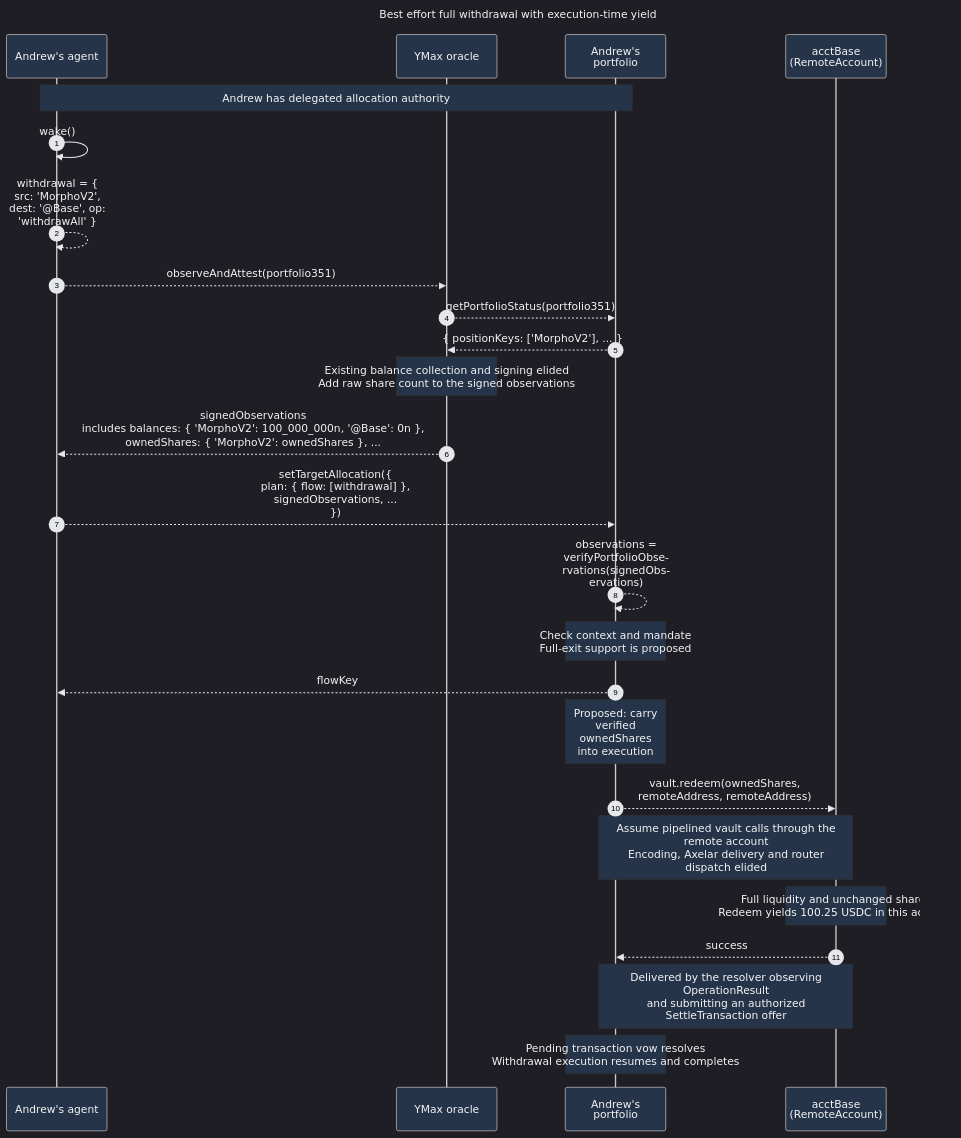
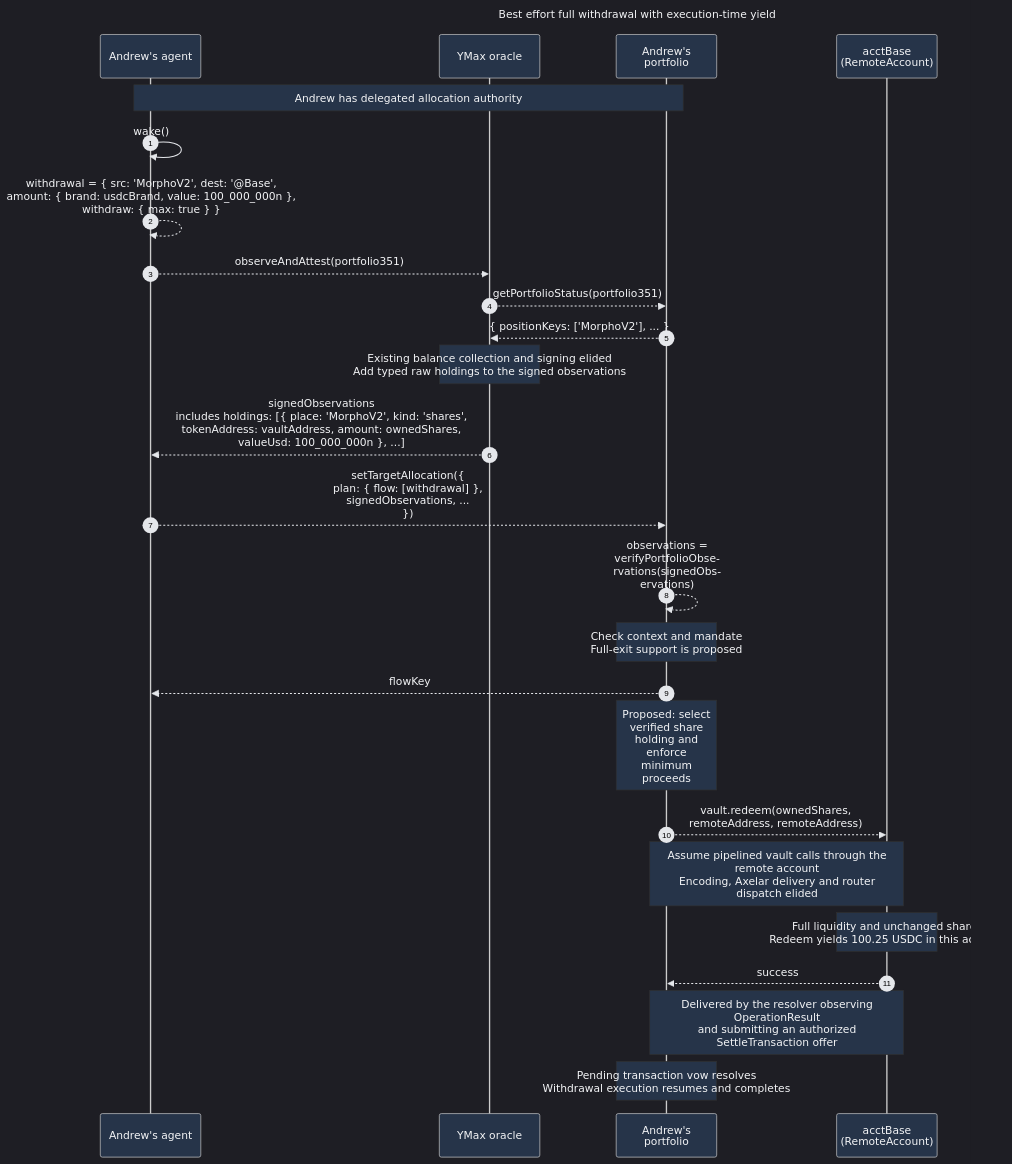
Before and after one commit to Agoric/agoric-sdk: the diagram in packages/portfolio-contract/docs-design/exit-position-completely.md, drawn with Mermaid. The commit also changed other lines of this file and 17 other files, not shown here.

````diff
--- a/packages/portfolio-contract/docs-design/exit-position-completely.md
+++ b/packages/portfolio-contract/docs-design/exit-position-completely.md
@@ -14,33 +14,33 @@
 ```mermaid
 %%{init: {'theme': 'dark', 'themeVariables': {'textColor': '#f3f4f6', 'actorBkg': '#263449', 'actorTextColor': '#f3f4f6', 'signalColor': '#e5e7eb', 'signalTextColor': '#f3f4f6', 'noteBkgColor': '#263449', 'noteTextColor': '#f3f4f6', 'labelTextColor': '#f3f4f6'}, 'sequence': {'wrap': true}}}%%
 sequenceDiagram
   autonumber
   title Best effort full withdrawal with execution-time yield
   %% ->> initiates the scenario, -->> marks consequences including calls and replies.
   %% P groups delegation, portfolio execution and contract-side resolver facets.
   %% The account call abstracts GMP/router delivery; success abstracts resolver delivery.
   participant A as Andrew's agent
   participant O as YMax oracle
   participant P as Andrew's portfolio
   participant E as acctBase<br/>(RemoteAccount)
 
   Note over A,P: Andrew has delegated allocation authority
   A->>A: wake()
-  A-->>A: withdrawal = { src: 'MorphoV2', dest: '@Base', op: 'withdrawAll' }
+  A-->>A: withdrawal = { src: 'MorphoV2', dest: '@Base',<br/>amount: { brand: usdcBrand, value: 100_000_000n },<br/>withdraw: { max: true } }
   A-->>O: observeAndAttest(portfolio351)
   O-->>P: getPortfolioStatus(portfolio351)
   P-->>O: { positionKeys: ['MorphoV2'], ... }
-  Note over O: Existing balance collection and signing elided<br/>Add raw share count to the signed observations
-  O-->>A: signedObservations<br/>includes balances: { 'MorphoV2': 100_000_000n, '@Base': 0n },<br/>ownedShares: { 'MorphoV2': ownedShares }, ...
+  Note over O: Existing balance collection and signing elided<br/>Add typed raw holdings to the signed observations
+  O-->>A: signedObservations<br/>includes holdings: [{ place: 'MorphoV2', kind: 'shares',<br/>tokenAddress: vaultAddress, amount: ownedShares,<br/>valueUsd: 100_000_000n }, ...]
   A-->>P: setTargetAllocation({<br/>plan: { flow: [withdrawal] },<br/>signedObservations, ...<br/>})
   P-->>P: observations = verifyPortfolioObservations(signedObservations)
   Note over P: Check context and mandate<br/>Full-exit support is proposed
   P-->>A: flowKey
-  Note over P: Proposed: carry verified ownedShares into execution
+  Note over P: Proposed: select verified share holding and enforce minimum proceeds
   P-->>E: vault.redeem(ownedShares,<br/>remoteAddress, remoteAddress)
   Note over P,E: Assume pipelined vault calls through the remote account<br/>Encoding, Axelar delivery and router dispatch elided
   Note over E: Full liquidity and unchanged shares<br/>Redeem yields 100.25 USDC in this account
   E-->>P: success
   Note over P,E: Delivered by the resolver observing OperationResult<br/>and submitting an authorized SettleTransaction offer
   Note over P: Pending transaction vow resolves<br/>Withdrawal execution resumes and completes
 ```
````
